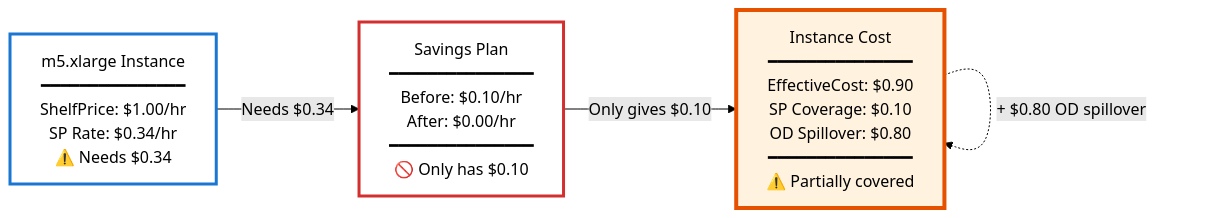
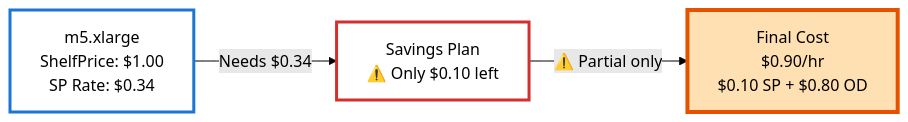
One commit to Nextdoor/lumina changed the fifth of 8 diagrams in ALGORITHM.md. Above: the diagram before and after it, drawn with Mermaid (forest theme). The commit also changed other lines of this file, not shown here.

Commit message:
docs(algorithm): simplify coverage diagrams for readability
Drastically simplify Mermaid diagrams by removing text-heavy boxes:

Before:
- 10+ lines of text per box with unicode separators
- Hard to read, cluttered

After:
- 2-3 lines of key info per box
- Clean, minimal text
- All details in bulleted text below diagram

Each scenario now shows simple flow:
- Instance (type + prices)
- Savings Plan (availability)
- Final Cost (result)

Much more readable while maintaining visual clarity.

🤖 Generated with [Claude Code](https://claude.com/claude-code)

````diff
--- a/ALGORITHM.md
+++ b/ALGORITHM.md
@@ -300,16 +298,13 @@
 ```mermaid
 flowchart LR
-    I2["m5.xlarge Instance<br/>━━━━━━━━━━━━━━━<br/>ShelfPrice: $1.00/hr<br/>SP Rate: $0.34/hr<br/>⚠️ Needs $0.34"]
-
-    SP2["Savings Plan<br/>━━━━━━━━━━━━━━━<br/>Before: $0.10/hr<br/>After: $0.00/hr<br/>━━━━━━━━━━━━━━━<br/>🚫 Only has $0.10"]
-
-    Result2["Instance Cost<br/>━━━━━━━━━━━━━━━<br/>EffectiveCost: $0.90<br/>SP Coverage: $0.10<br/>OD Spillover: $0.80<br/>━━━━━━━━━━━━━━━<br/>⚠️ Partially covered"]
+    I2["m5.xlarge<br/>ShelfPrice: $1.00<br/>SP Rate: $0.34"]
+    SP2["Savings Plan<br/>⚠️ Only $0.10 left"]
+    Result2["Final Cost<br/>$0.90/hr<br/>$0.10 SP + $0.80 OD"]
 
     I2 -->|"Needs $0.34"| SP2
-    SP2 -->|"Only gives $0.10"| Result2
-    Result2 -.->|"+ $0.80 OD spillover"| Result2
+    SP2 -->|"⚠️ Partial only"| Result2
 
-    style I2 fill:#fff,stroke:#1976d2,stroke-width:3px,color:#000
-    style SP2 fill:#fff,stroke:#d32f2f,stroke-width:3px,color:#000
-    style Result2 fill:#fff3e0,stroke:#e65100,stroke-width:4px,color:#000
+    style I2 fill:#fff,stroke:#1976d2,stroke-width:3px
+    style SP2 fill:#fff,stroke:#d32f2f,stroke-width:3px
+    style Result2 fill:#ffe0b2,stroke:#e65100,stroke-width:4px
 ```
````
